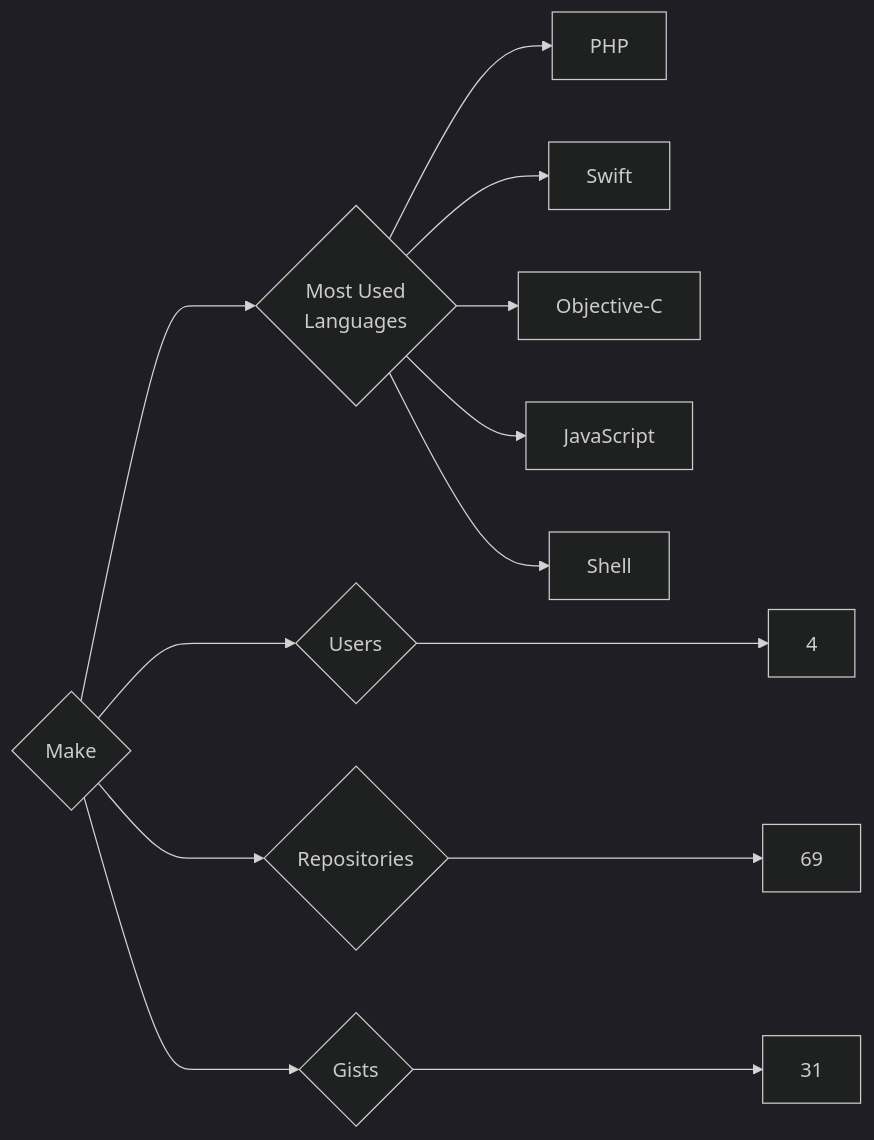
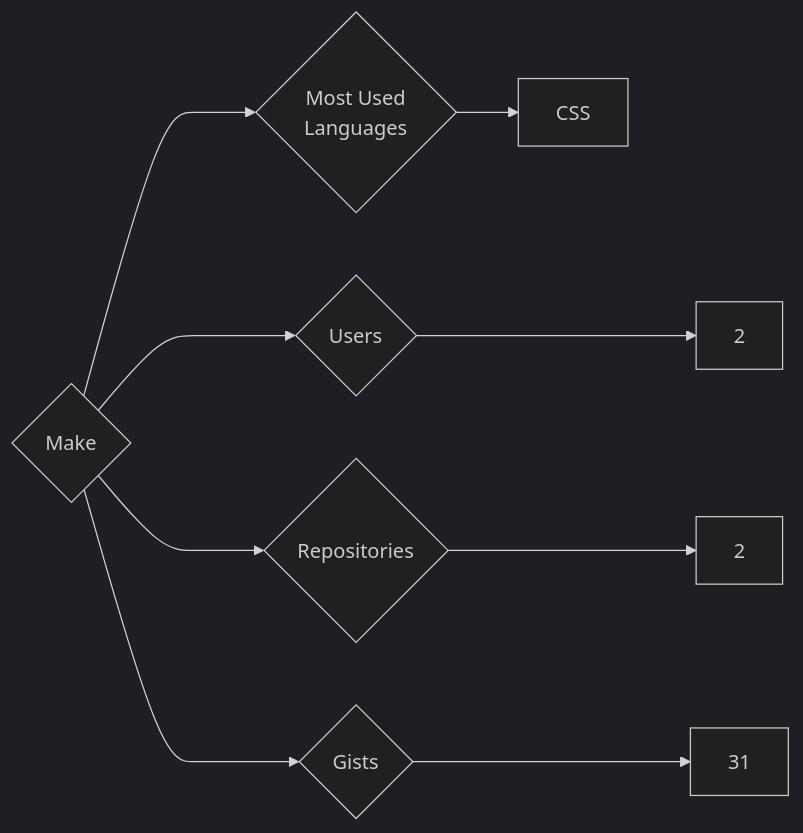
One commit to trickest/insiders changed the diagram in targets/Make/README.md. Above: the diagram before and after it, drawn with Mermaid (dark theme). The commit also changed 1389 other files, not shown here.

````diff
--- a/targets/Make/README.md
+++ b/targets/Make/README.md
@@ -3,13 +3,9 @@
 ```mermaid
 graph LR
 COMPANY_NAME{Make}
-COMPANY_NAME ---> U{Users} ---> UN[4]
-COMPANY_NAME ---> R{Repositories} ---> RN[69]
+COMPANY_NAME ---> U{Users} ---> UN[2]
+COMPANY_NAME ---> R{Repositories} ---> RN[2]
 COMPANY_NAME ---> G{Gists} ---> GN[31]
 COMPANY_NAME ---> ML{Most Used<br>Languages}
-ML --> PHP[PHP]
-ML --> Swift[Swift]
-ML --> Objective-C[Objective-C]
-ML --> JavaScript[JavaScript]
-ML --> Shell[Shell]
+ML --> CSS[CSS]
 ```
````
